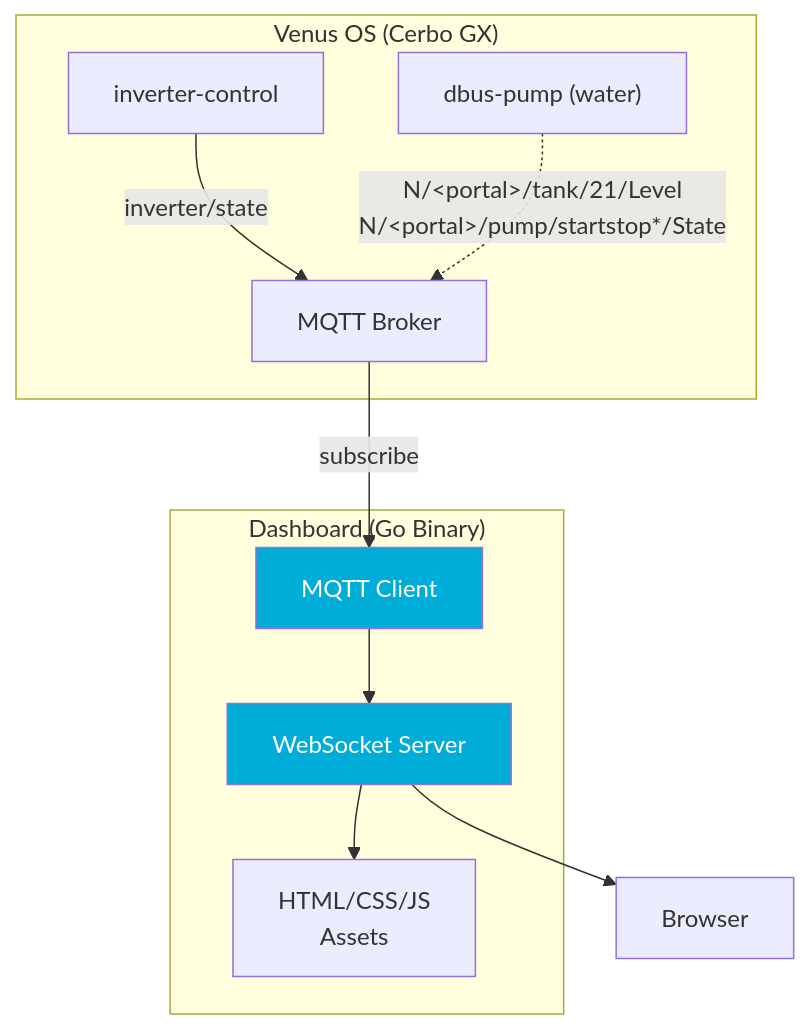
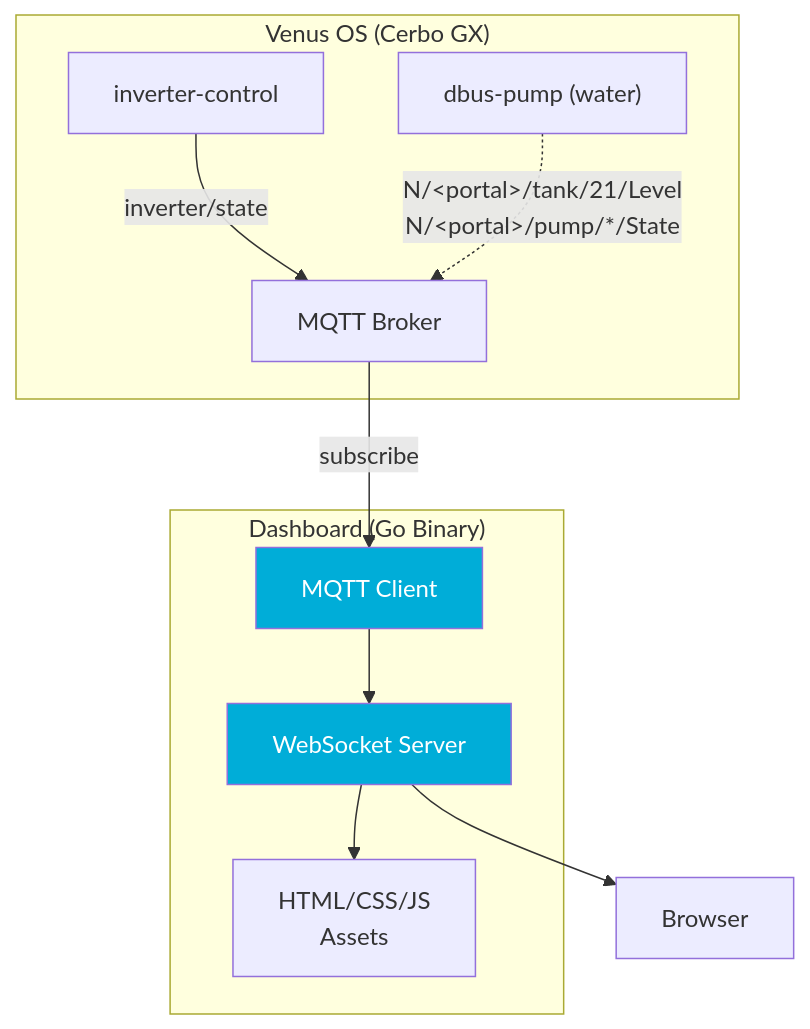
The diagram in README.md (victron-venus/inverter-dashboard-go), drawn with Mermaid before and after one commit. The commit also changed 3 other files, not shown here.

First line of the commit message:
fix(water): Venus MQTT bridges pump topics as pump/<instance>/State

````diff
--- a/README.md
+++ b/README.md
@@ -39,23 +39,23 @@
 ```mermaid
 flowchart TD
     subgraph Venus["Venus OS (Cerbo GX)"]
         INV["inverter-control"]
         DP["dbus-pump (water)"]
         MQTT["MQTT Broker"]
     end
 
     subgraph Dashboard["Dashboard (Go Binary)"]
         MQTT_SUB["MQTT Client"]
         WS["WebSocket Server"]
         WS --> UI["HTML/CSS/JS\nAssets"]
     end
 
     INV -->|"inverter/state"| MQTT
-    DP -.->|"N/&lt;portal&gt;/tank/21/Level<br/>N/&lt;portal&gt;/pump/startstop*/State"| MQTT
+    DP -.->|"N/&lt;portal&gt;/tank/21/Level<br/>N/&lt;portal&gt;/pump/*/State"| MQTT
     MQTT -->|"subscribe"| MQTT_SUB
     MQTT_SUB --> WS
     WS --> BROWSER["Browser"]
 
     style MQTT_SUB fill:#00ADD8,color:#fff
     style WS fill:#00ADD8,color:#fff
 ```
````
